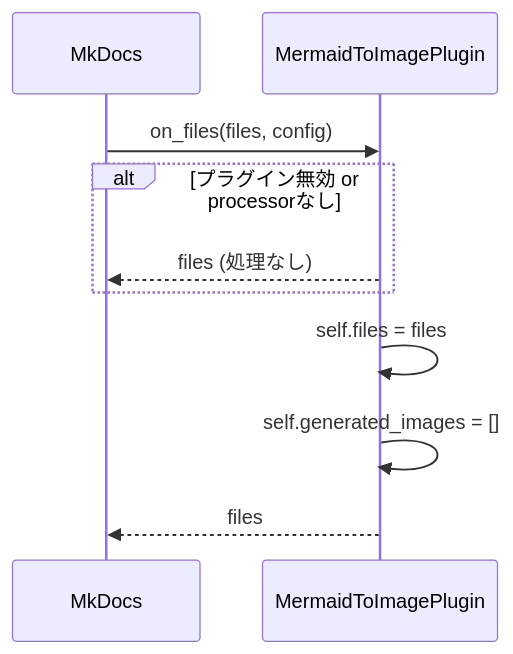
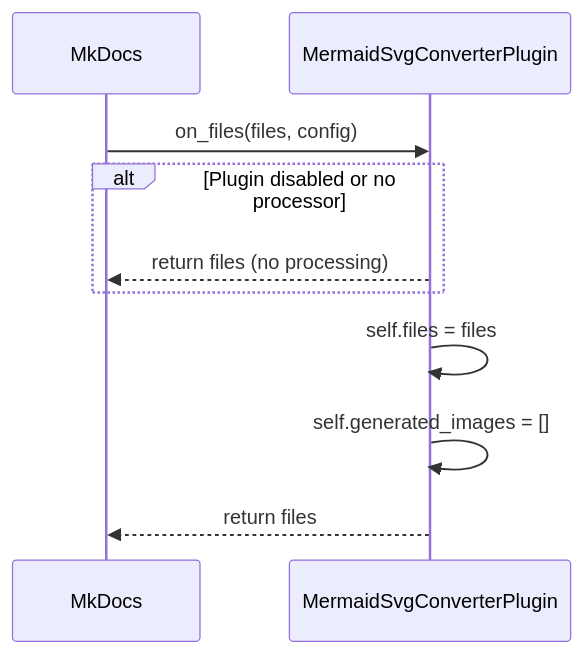
The fourth of 7 diagrams in docs/architecture.md (nuitsjp/mkdocs-mermaid-to-svg), drawn with Mermaid before and after one commit. The commit also changed other lines of this file and 1 other file, not shown here.

First line of the commit message:
docs: READMEとarchitecture.mdを全面改訂し、英語化・最新設計・利用例・PDF対応・設定例を充実化

````diff
--- a/docs/architecture.md
+++ b/docs/architecture.md
@@ -209,15 +228,15 @@
 ```mermaid
 sequenceDiagram
     participant MkDocs
-    participant Plugin as MermaidToImagePlugin
+    participant Plugin as MermaidSvgConverterPlugin
 
     MkDocs->>Plugin: on_files(files, config)
 
-    alt プラグイン無効 or processorなし
-        Plugin-->>MkDocs: files (処理なし)
+    alt Plugin disabled or no processor
+        Plugin-->>MkDocs: return files (no processing)
     end
 
     Plugin->>Plugin: self.files = files
     Plugin->>Plugin: self.generated_images = []
-    Plugin-->>MkDocs: files
+    Plugin-->>MkDocs: return files
 ```
````
